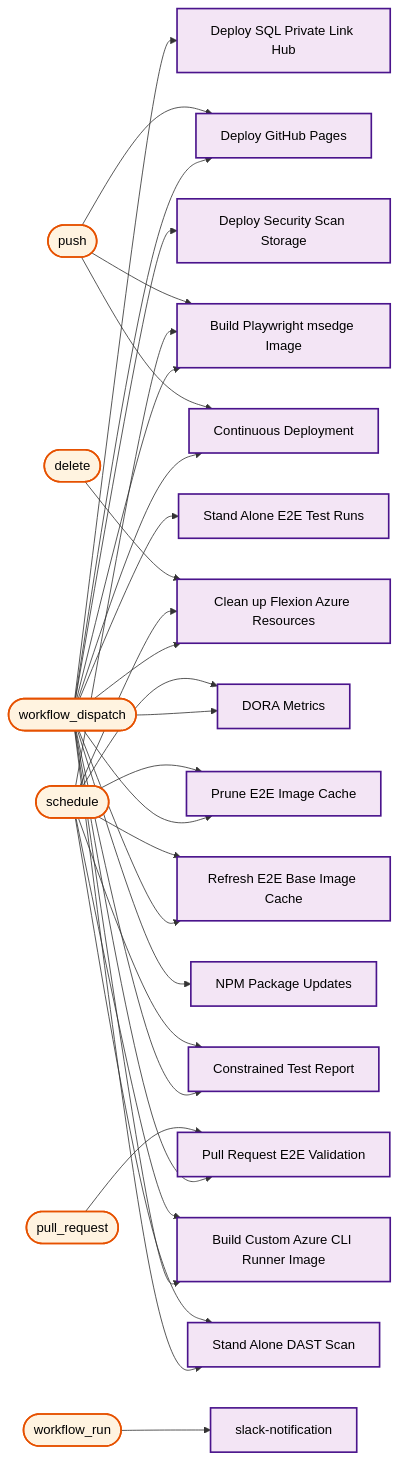
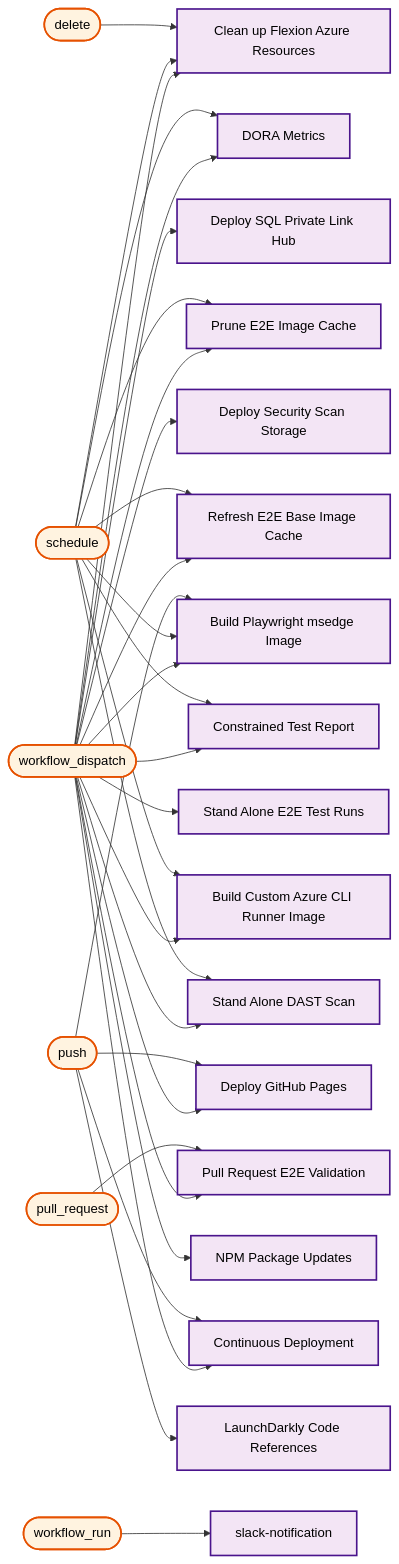
Diagram 27 of 27 in docs/operations/workflow-diagram.md (US-Trustee-Program/Bankruptcy-Oversight-Support-Systems), drawn with Mermaid before and after one commit. The commit also changed other lines of this file and 1 other file, not shown here.

```diff
--- a/docs/operations/workflow-diagram.md
+++ b/docs/operations/workflow-diagram.md
@@ -1402,6 +1409,7 @@
     trigger_push(["push"])
     build_playwright_msedge_image_yml["Build Playwright msedge Image"]
     deploy_pages_yml["Deploy GitHub Pages"]
+    launchdarkly_code_references_yml["LaunchDarkly Code References"]
     continuous_deployment_yml["Continuous Deployment"]
     trigger_delete(["delete"])
     azure_remove_branch_yml["Clean up Flexion Azure Resources"]
@@ -1435,6 +1443,7 @@
     trigger_schedule --> dast_scan_yml
     trigger_push --> build_playwright_msedge_image_yml
     trigger_push --> deploy_pages_yml
+    trigger_push --> launchdarkly_code_references_yml
     trigger_push --> continuous_deployment_yml
     trigger_delete --> azure_remove_branch_yml
     trigger_pull_request --> pr_validation_yml
@@ -1460,6 +1469,7 @@
     class prune_e2e_image_cache_yml mainWorkflow
     class refresh_e2e_base_images_yml mainWorkflow
     class pr_validation_yml mainWorkflow
+    class launchdarkly_code_references_yml mainWorkflow
     class constrained_test_report_yml mainWorkflow
     class continuous_deployment_yml mainWorkflow
     class build_azure_cli_image_yml mainWorkflow
```
